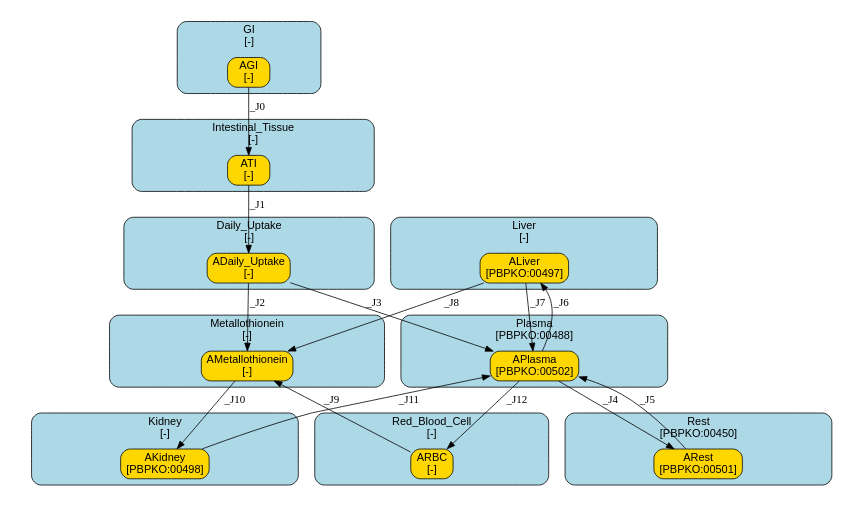
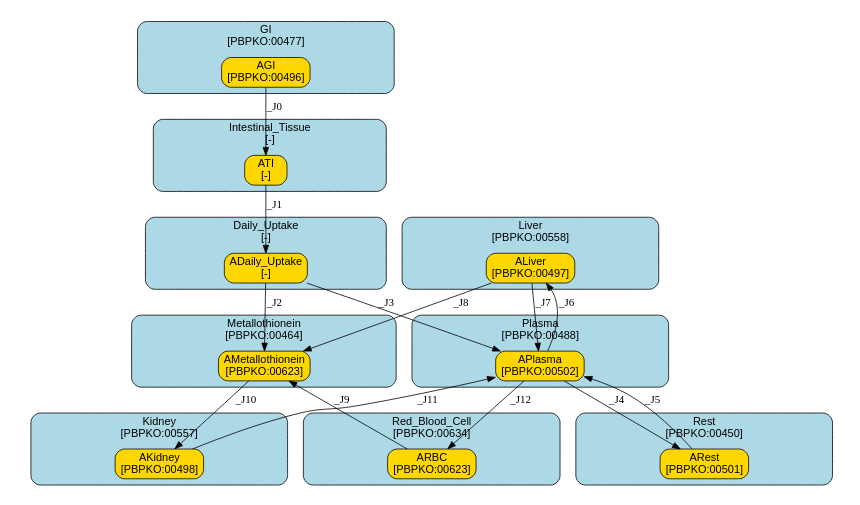
Before and after one commit to fair-pbk/exposure-route-pbk-models: the diagram in models/oral/Heavy Metals/Pouillot_Cd/summary.dot, drawn with Graphviz. The commit also changed 188 other files, not shown here.

```diff
--- a/models/oral/Heavy Metals/Pouillot_Cd/summary.dot
+++ b/models/oral/Heavy Metals/Pouillot_Cd/summary.dot
@@ -1,182 +1,182 @@
 digraph {
 	graph [ratio=fill,
 		size="7,4"
 	];
 	node [fontname=Arial];
 	subgraph cluster_GI {
 		graph [color=black,
 			fillcolor=lightblue,
 			fontname=Arial,
 			href="#compartment-GI",
 			label="GI
-[-]",
+[PBPKO:00477]",
 			shape=box,
 			style="filled,rounded"
 		];
 		AGI	[color=black,
 			fillcolor=gold,
 			href="#species-AGI",
 			label="AGI
-[-]",
+[PBPKO:00496]",
 			shape=box,
 			style="filled,rounded"];
 	}
 	subgraph cluster_Intestinal_Tissue {
 		graph [color=black,
 			fillcolor=lightblue,
 			fontname=Arial,
 			href="#compartment-Intestinal_Tissue",
 			label="Intestinal_Tissue
 [-]",
 			shape=box,
 			style="filled,rounded"
 		];
 		ATI	[color=black,
 			fillcolor=gold,
 			href="#species-ATI",
 			label="ATI
 [-]",
 			shape=box,
 			style="filled,rounded"];
 	}
 	subgraph cluster_Liver {
 		graph [color=black,
 			fillcolor=lightblue,
 			fontname=Arial,
 			href="#compartment-Liver",
 			label="Liver
-[-]",
+[PBPKO:00558]",
 			shape=box,
 			style="filled,rounded"
 		];
 		ALiver	[color=black,
 			fillcolor=gold,
 			href="#species-ALiver",
 			label="ALiver
 [PBPKO:00497]",
 			shape=box,
 			style="filled,rounded"];
 	}
 	subgraph cluster_Kidney {
 		graph [color=black,
 			fillcolor=lightblue,
 			fontname=Arial,
 			href="#compartment-Kidney",
 			label="Kidney
-[-]",
+[PBPKO:00557]",
 			shape=box,
 			style="filled,rounded"
 		];
 		AKidney	[color=black,
 			fillcolor=gold,
 			href="#species-AKidney",
 			label="AKidney
 [PBPKO:00498]",
 			shape=box,
 			style="filled,rounded"];
 	}
 	subgraph cluster_Plasma {
 		graph [color=black,
 			fillcolor=lightblue,
 			fontname=Arial,
 			href="#compartment-Plasma",
 			label="Plasma
 [PBPKO:00488]",
 			shape=box,
 			style="filled,rounded"
 		];
 		APlasma	[color=black,
 			fillcolor=gold,
 			href="#species-APlasma",
 			label="APlasma
 [PBPKO:00502]",
 			shape=box,
 			style="filled,rounded"];
 	}
 	subgraph cluster_Red_Blood_Cell {
 		graph [color=black,
 			fillcolor=lightblue,
 			fontname=Arial,
 			href="#compartment-Red_Blood_Cell",
 			label="Red_Blood_Cell
-[-]",
+[PBPKO:00634]",
 			shape=box,
 			style="filled,rounded"
 		];
 		ARBC	[color=black,
 			fillcolor=gold,
 			href="#species-ARBC",
 			label="ARBC
-[-]",
+[PBPKO:00623]",
 			shape=box,
 			style="filled,rounded"];
 	}
 	subgraph cluster_Metallothionein {
 		graph [color=black,
 			fillcolor=lightblue,
 			fontname=Arial,
 			href="#compartment-Metallothionein",
 			label="Metallothionein
-[-]",
+[PBPKO:00464]",
 			shape=box,
 			style="filled,rounded"
 		];
 		AMetallothionein	[color=black,
 			fillcolor=gold,
 			href="#species-AMetallothionein",
 			label="AMetallothionein
-[-]",
+[PBPKO:00623]",
 			shape=box,
 			style="filled,rounded"];
 	}
 	subgraph cluster_Rest {
 		graph [color=black,
 			fillcolor=lightblue,
 			fontname=Arial,
 			href="#compartment-Rest",
 			label="Rest
 [PBPKO:00450]",
 			shape=box,
 			style="filled,rounded"
 		];
 		ARest	[color=black,
 			fillcolor=gold,
 			href="#species-ARest",
 			label="ARest
 [PBPKO:00501]",
 			shape=box,
 			style="filled,rounded"];
 	}
 	subgraph cluster_Daily_Uptake {
 		graph [color=black,
 			fillcolor=lightblue,
 			fontname=Arial,
 			href="#compartment-Daily_Uptake",
 			label="Daily_Uptake
 [-]",
 			shape=box,
 			style="filled,rounded"
 		];
 		ADaily_Uptake	[color=black,
 			fillcolor=gold,
 			href="#species-ADaily_Uptake",
 			label="ADaily_Uptake
 [-]",
 			shape=box,
 			style="filled,rounded"];
 	}
 	AGI -> ATI	[label=_J0,
 		minlen=1];
 	ATI -> ADaily_Uptake	[label=_J1];
 	ALiver -> APlasma	[label=_J7];
 	ALiver -> AMetallothionein	[label=_J8];
 	AKidney -> APlasma	[label=_J11];
 	APlasma -> ALiver	[label=_J6];
 	APlasma -> ARBC	[label=_J12];
 	APlasma -> ARest	[label=_J4];
 	ARBC -> AMetallothionein	[label=_J9];
 	AMetallothionein -> AKidney	[label=_J10];
 	ARest -> APlasma	[label=_J5];
 	ADaily_Uptake -> APlasma	[label=_J3];
 	ADaily_Uptake -> AMetallothionein	[label=_J2];
 }
```
